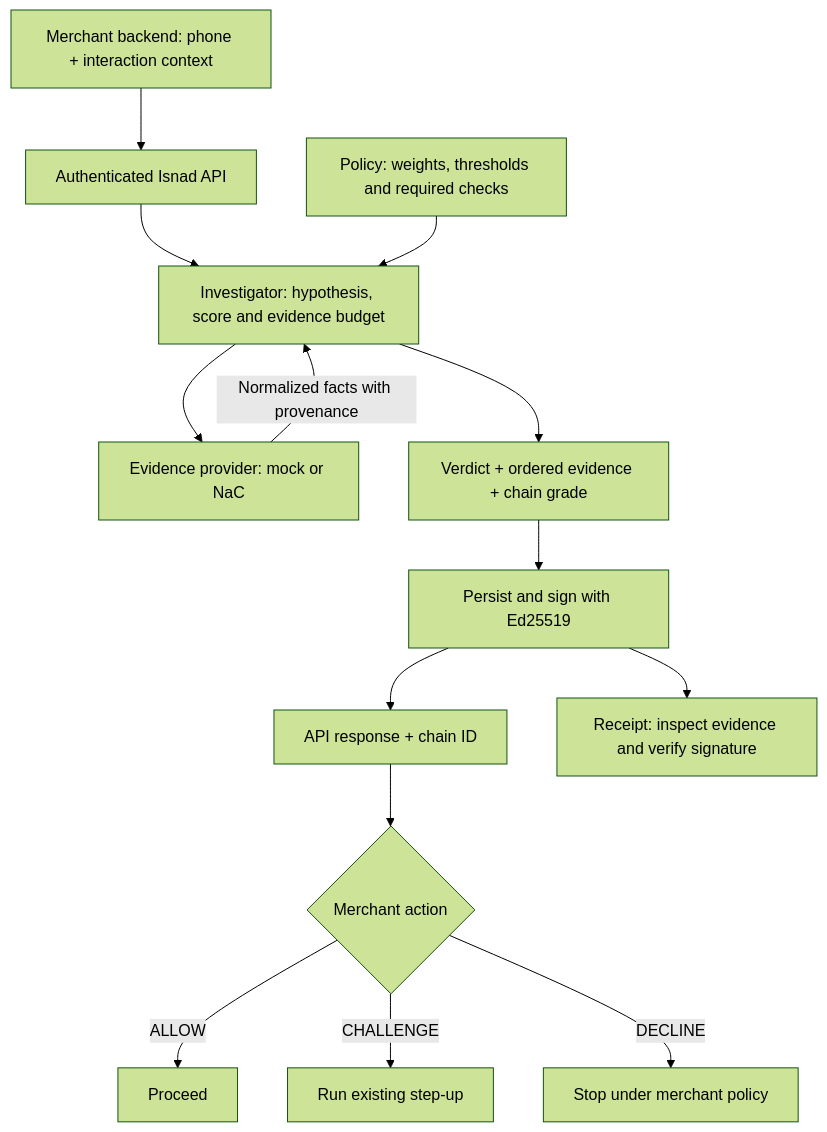
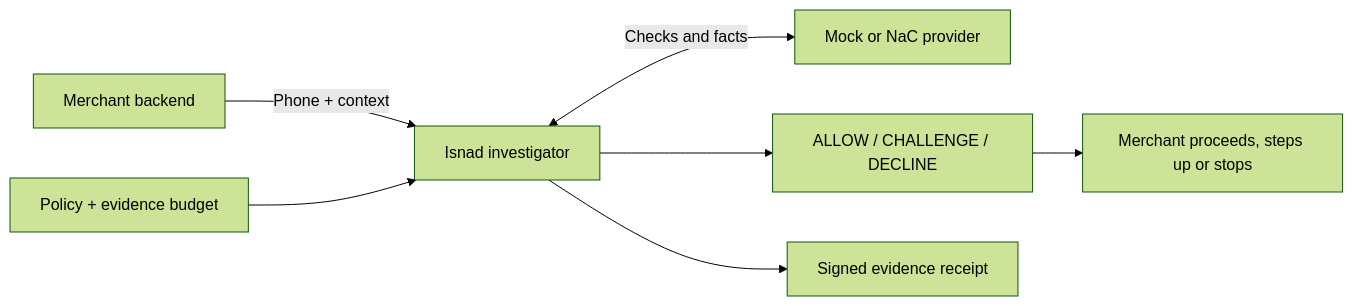
One commit to AhmadShadeed32/isnad changed the first of 5 diagrams in README.md. Above: the diagram before and after it, drawn with Mermaid (forest theme). The commit also changed other lines of this file and 6 other files, not shown here.

Commit message:
Polish judge README with product screenshot and verified diagrams

````diff
--- a/README.md
+++ b/README.md
@@ -53,16 +82,9 @@
 ```mermaid
-flowchart TD
-    M["Merchant backend: phone + interaction context"] --> A["Authenticated Isnad API"]
-    A --> I["Investigator: hypothesis, score and evidence budget"]
-    P["Policy: weights, thresholds and required checks"] --> I
-    I --> E["Evidence provider: mock or NaC"]
-    E -->|"Normalized facts with provenance"| I
-    I --> V["Verdict + ordered evidence + chain grade"]
-    V --> S["Persist and sign with Ed25519"]
-    S --> R["API response + chain ID"]
-    R --> D{"Merchant action"}
-    D -->|ALLOW| Y["Proceed"]
-    D -->|CHALLENGE| C["Run existing step-up"]
-    D -->|DECLINE| N["Stop under merchant policy"]
-    S --> Q["Receipt: inspect evidence and verify signature"]
+flowchart LR
+    M["Merchant backend"] -->|"Phone + context"| I["Isnad investigator"]
+    P["Policy + evidence budget"] --> I
+    I <-->|"Checks and facts"| N["Mock or NaC provider"]
+    I --> D["ALLOW / CHALLENGE / DECLINE"]
+    I --> R["Signed evidence receipt"]
+    D --> A["Merchant proceeds, steps up or stops"]
 ```
````
